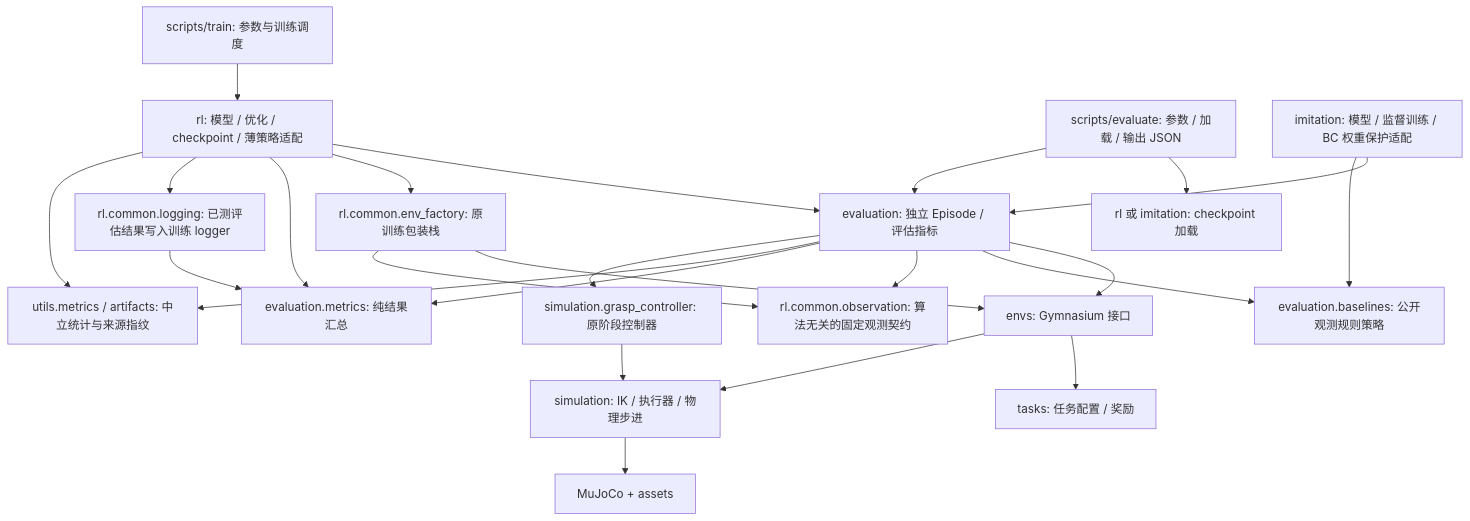
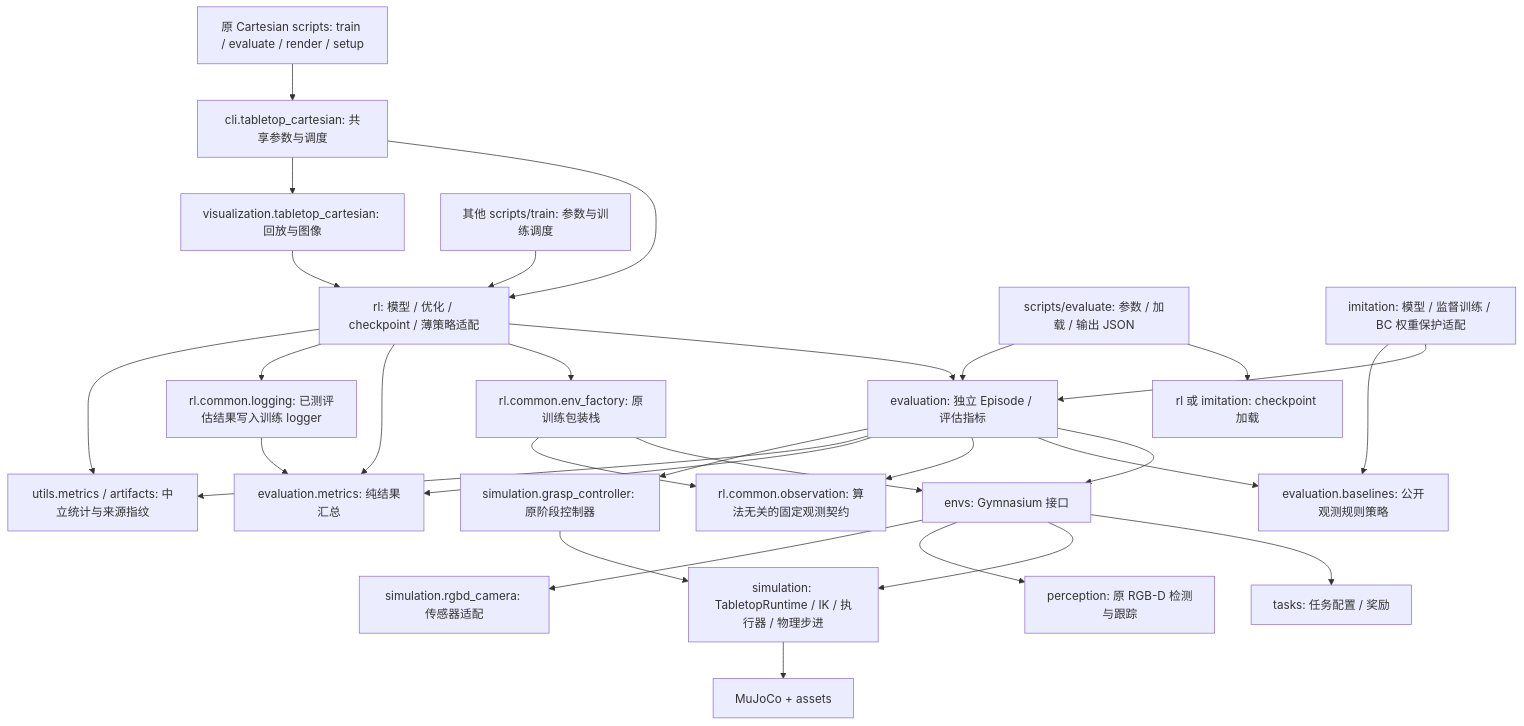
One commit to xlmys2022/realman_rl_simtoreal changed the diagram in docs/architecture.md. Above: the diagram before and after it, drawn with Mermaid. The commit also changed other lines of this file and 26 other files, not shown here.

````diff
--- a/docs/architecture.md
+++ b/docs/architecture.md
@@ -51,26 +51,32 @@
 ```mermaid
 flowchart TD
-    TRAIN["scripts/train: 参数与训练调度"] --> RL["rl: 模型 / 优化 / checkpoint / 薄策略适配"]
+    SCLI["原 Cartesian scripts: train / evaluate / render / setup"] --> CCLI["cli.tabletop_cartesian: 共享参数与调度"]
+    CCLI --> RL
+    CCLI --> VIS["visualization.tabletop_cartesian: 回放与图像"]
+    VIS --> RL
+    TRAIN["其他 scripts/train: 参数与训练调度"] --> RL["rl: 模型 / 优化 / checkpoint / 薄策略适配"]
     CLI["scripts/evaluate: 参数 / 加载 / 输出 JSON"] --> LOAD["rl 或 imitation: checkpoint 加载"]
     CLI --> EVAL["evaluation: 独立 Episode / 评估指标"]
     RL --> EVAL
     RL --> FACTORY["rl.common.env_factory: 原训练包装栈"]
     FACTORY --> ENV["envs: Gymnasium 接口"]
     EVAL --> ENV
     EVAL --> RULE["evaluation.baselines: 公开观测规则策略"]
     BC["imitation: 模型 / 监督训练 / BC 权重保护适配"] --> EVAL
     BC --> RULE
     EVAL --> OBS["rl.common.observation: 算法无关的固定观测契约"]
     FACTORY --> OBS
     EVAL --> METRIC["evaluation.metrics: 纯结果汇总"]
     RL --> METRIC
     RL --> LOG["rl.common.logging: 已测评估结果写入训练 logger"]
     LOG --> METRIC
     RL --> UTIL["utils.metrics / artifacts: 中立统计与来源指纹"]
     EVAL --> UTIL
     ENV --> TASK["tasks: 任务配置 / 奖励"]
-    ENV --> SIM["simulation: IK / 执行器 / 物理步进"]
+    ENV --> SIM["simulation: TabletopRuntime / IK / 执行器 / 物理步进"]
+    ENV --> SENSOR["perception: 原 RGB-D 检测与跟踪"]
+    ENV --> CAMERA["simulation.rgbd_camera: 传感器适配"]
     EVAL --> CTRL["simulation.grasp_controller: 原阶段控制器"]
     CTRL --> SIM
     SIM --> ASSETS["MuJoCo + assets"]
 ```
````
